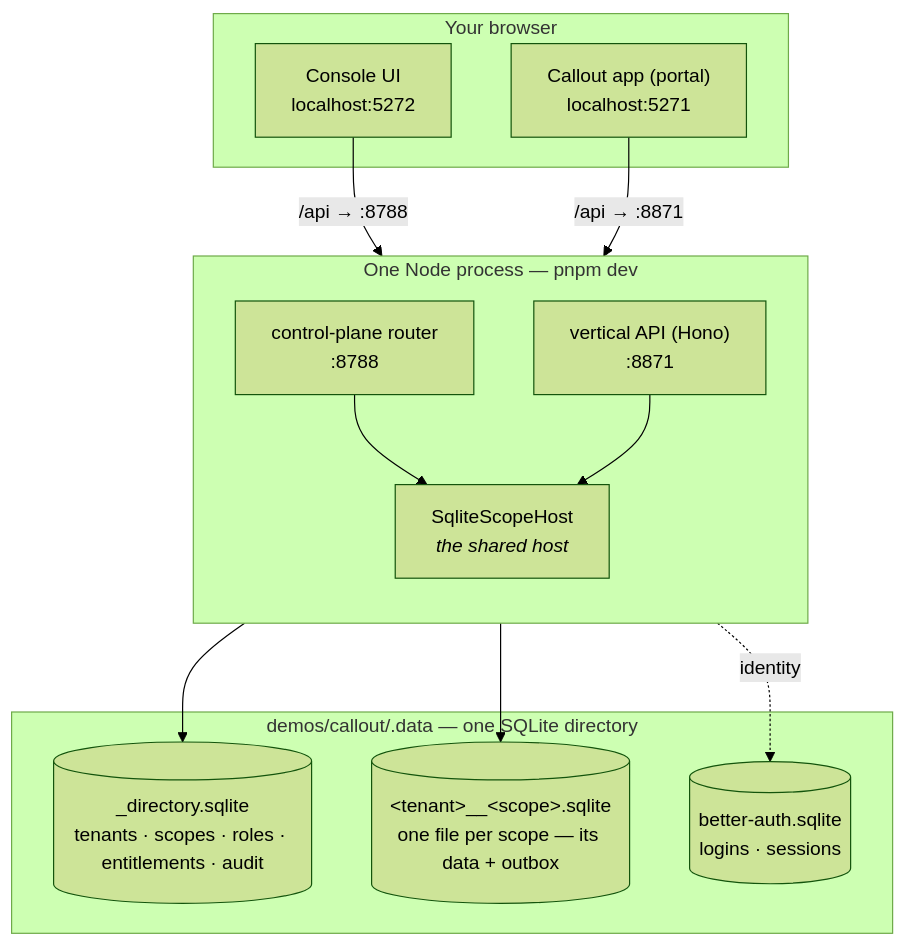
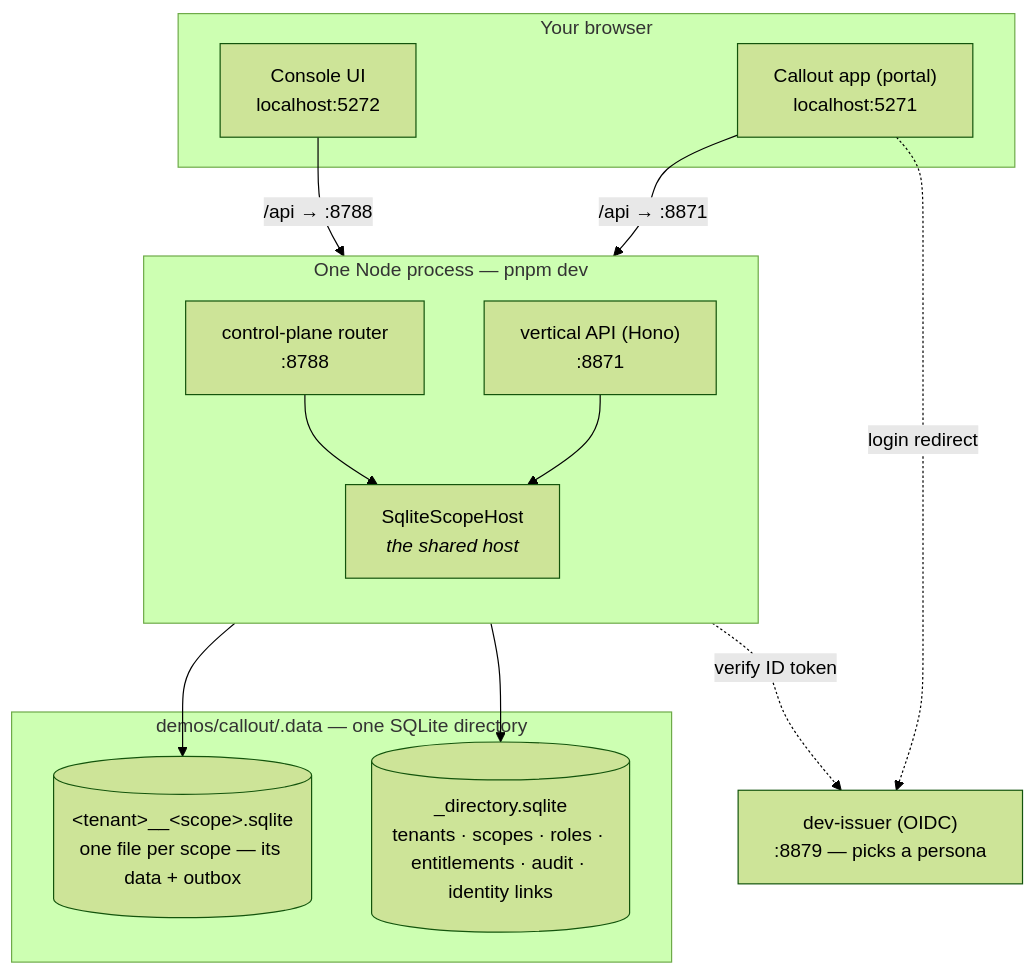
The first of 2 diagrams in apps/docs/guide/running-locally.md (substrat-run/substrat), drawn with Mermaid (forest theme) before and after one commit. The commit also changed other lines of this file and 3 other files, not shown here.

First line of the commit message:
docs: running-locally, manyfold and create-substrat describe the dev-issuer login, not the removed dev header (#1006) (#1024)

````diff
--- a/apps/docs/guide/running-locally.md
+++ b/apps/docs/guide/running-locally.md
@@ -45,28 +45,30 @@
 ```mermaid
 flowchart TB
   subgraph browser["Your browser"]
     C["Console UI<br/>localhost:5272"]
     A["Callout app (portal)<br/>localhost:5271"]
   end
 
   subgraph proc["One Node process — pnpm dev"]
     direction TB
     CP["control-plane router<br/>:8788"]
     V["vertical API (Hono)<br/>:8871"]
     H["SqliteScopeHost<br/><i>the shared host</i>"]
     CP --> H
     V --> H
   end
 
+  I["dev-issuer (OIDC)<br/>:8879 — picks a persona"]
+
   subgraph data["demos/callout/.data — one SQLite directory"]
-    D[("_directory.sqlite<br/>tenants · scopes · roles · entitlements · audit")]
+    D[("_directory.sqlite<br/>tenants · scopes · roles · entitlements · audit · identity links")]
     S[("&lt;tenant&gt;__&lt;scope&gt;.sqlite<br/>one file per scope — its data + outbox")]
-    B[("better-auth.sqlite<br/>logins · sessions")]
   end
 
   C -->|"/api → :8788"| CP
   A -->|"/api → :8871"| V
+  A -.->|"login redirect"| I
+  V -.->|"verify ID token"| I
   H --> D
   H --> S
-  V -.->|identity| B
 ```
````
